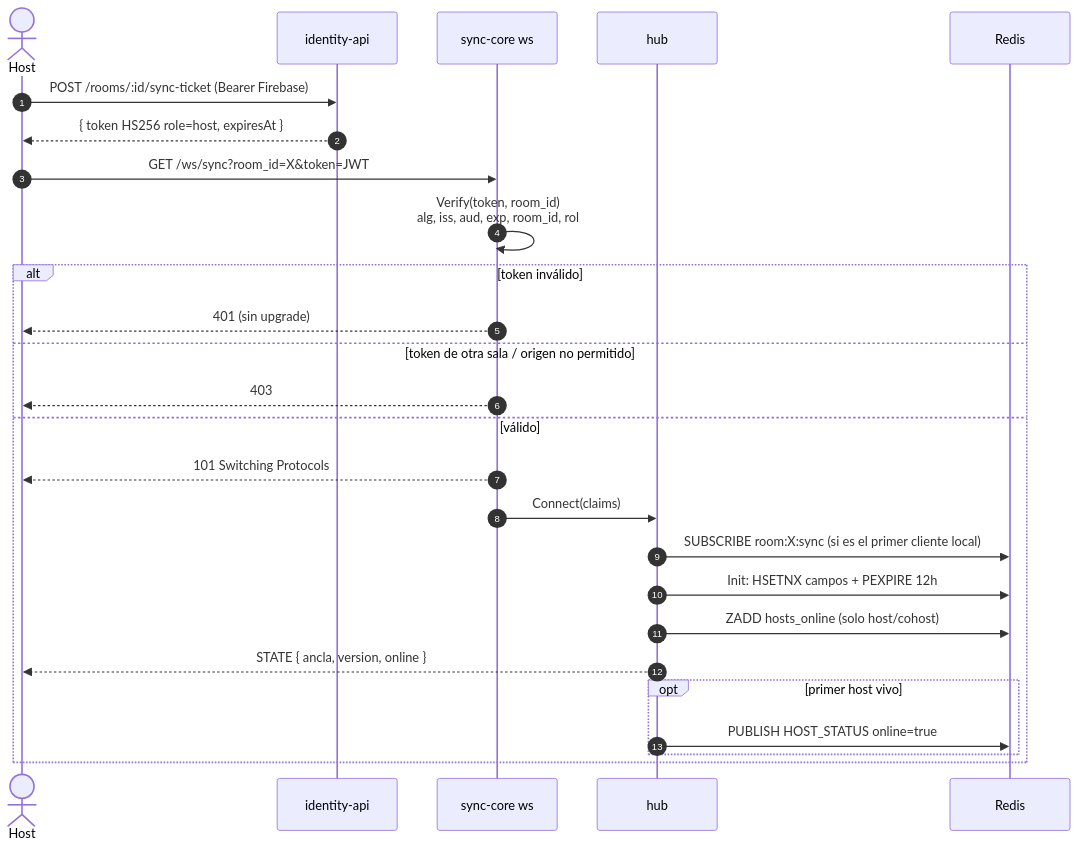
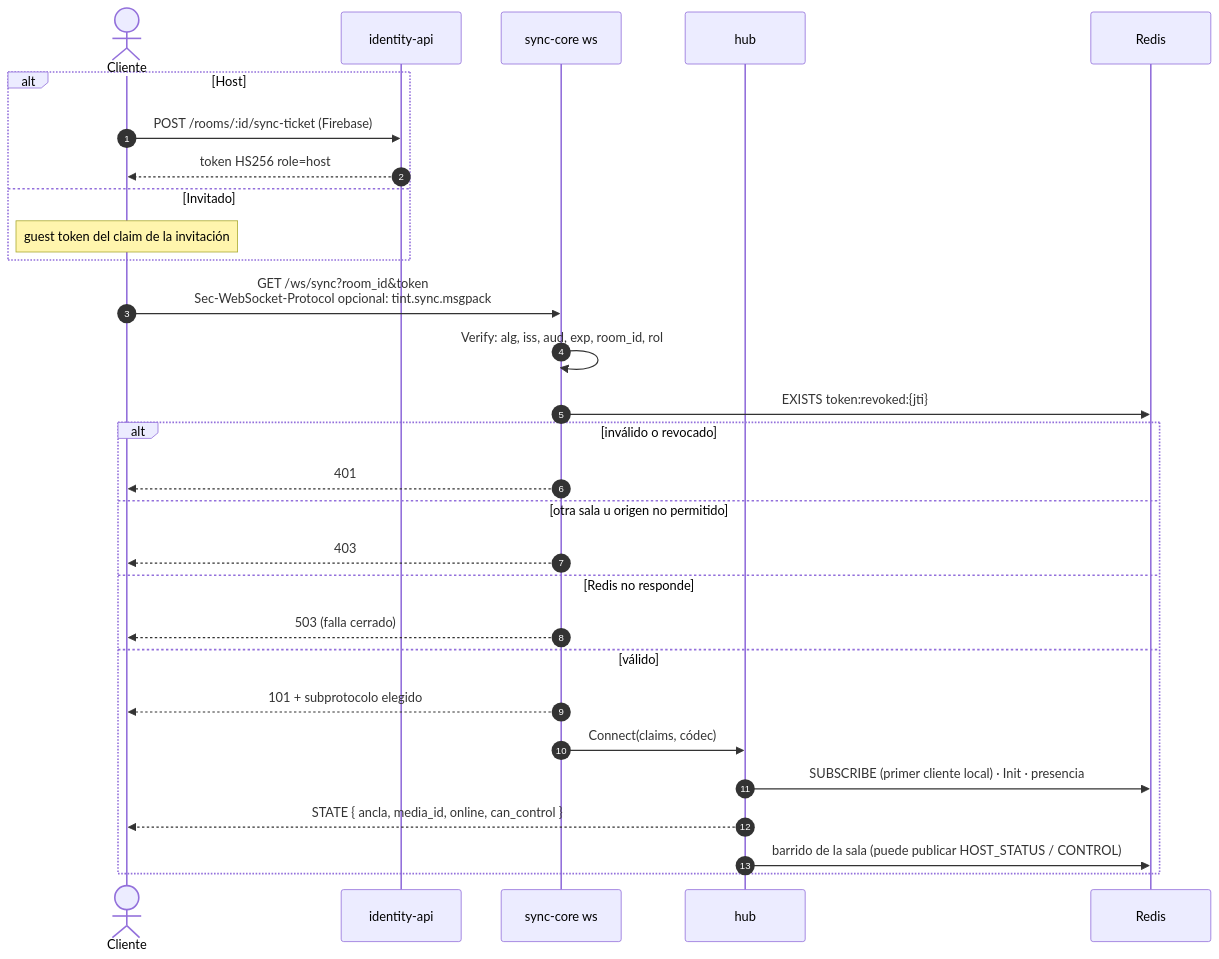
Before and after one commit to N1ghtlyC0de/TINT: the fifth of 17 diagrams in docs/dominio-reproduccion.md, drawn with Mermaid. The commit also changed other lines of this file and 2 other files, not shown here.

First line of the commit message:
docs(sync-core): Canal Sync v2 en la documentación del dominio

````diff
--- a/docs/dominio-reproduccion.md
+++ b/docs/dominio-reproduccion.md
@@ -243,29 +319,32 @@
 ```mermaid
 sequenceDiagram
     autonumber
-    actor Host
+    actor C as Cliente
     participant ID as identity-api
     participant WS as sync-core ws
     participant HUB as hub
     participant R as Redis
 
-    Host->>ID: POST /rooms/:id/sync-ticket (Bearer Firebase)
-    ID-->>Host: { token HS256 role=host, expiresAt }
-    Host->>WS: GET /ws/sync?room_id=X&token=JWT
-    WS->>WS: Verify(token, room_id)<br/>alg, iss, aud, exp, room_id, rol
-    alt token inválido
-        WS-->>Host: 401 (sin upgrade)
-    else token de otra sala / origen no permitido
-        WS-->>Host: 403
+    alt Host
+        C->>ID: POST /rooms/:id/sync-ticket (Firebase)
+        ID-->>C: token HS256 role=host
+    else Invitado
+        Note over C: guest token del claim de la invitación
+    end
+    C->>WS: GET /ws/sync?room_id&token<br/>Sec-WebSocket-Protocol opcional: tint.sync.msgpack
+    WS->>WS: Verify: alg, iss, aud, exp, room_id, rol
+    WS->>R: EXISTS token:revoked:{jti}
+    alt inválido o revocado
+        WS-->>C: 401
+    else otra sala u origen no permitido
+        WS-->>C: 403
+    else Redis no responde
+        WS-->>C: 503 (falla cerrado)
     else válido
-        WS-->>Host: 101 Switching Protocols
-        WS->>HUB: Connect(claims)
-        HUB->>R: SUBSCRIBE room:X:sync (si es el primer cliente local)
-        HUB->>R: Init: HSETNX campos + PEXPIRE 12h
-        HUB->>R: ZADD hosts_online (solo host/cohost)
-        HUB-->>Host: STATE { ancla, version, online }
-        opt primer host vivo
-            HUB->>R: PUBLISH HOST_STATUS online=true
-        end
+        WS-->>C: 101 + subprotocolo elegido
+        WS->>HUB: Connect(claims, códec)
+        HUB->>R: SUBSCRIBE (primer cliente local) · Init · presencia
+        HUB-->>C: STATE { ancla, media_id, online, can_control }
+        HUB->>R: barrido de la sala (puede publicar HOST_STATUS / CONTROL)
     end
 ```
````
